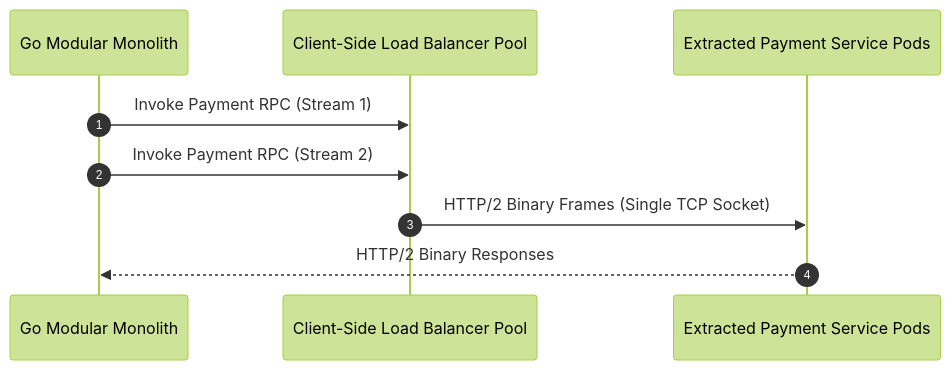
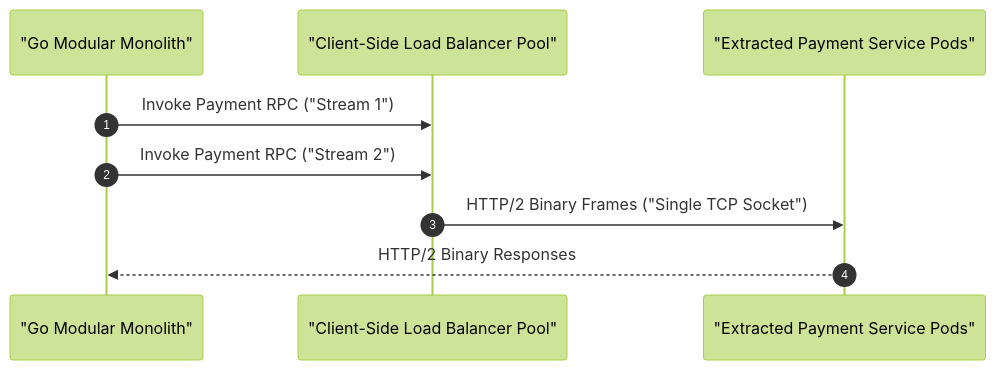
One commit to vesviet/vesviet changed the second of 3 diagrams in content/series/modular-monolith-architecture/part-7-extraction-pattern.md. Above: the diagram before and after it, drawn with Mermaid (forest theme). The commit also changed other lines of this file and 331 other files, not shown here.

````diff
--- a/content/series/modular-monolith-architecture/part-7-extraction-pattern.md
+++ b/content/series/modular-monolith-architecture/part-7-extraction-pattern.md
@@ -206,12 +208,12 @@
 ```mermaid
 sequenceDiagram
     autonumber
-    participant Monolith as Go Modular Monolith
-    participant gRPCClient as Client-Side Load Balancer Pool
-    participant Microservice as Extracted Payment Service Pods
+    participant Monolith as "Go Modular Monolith"
+    participant gRPCClient as "Client-Side Load Balancer Pool"
+    participant Microservice as "Extracted Payment Service Pods"
     
-    Monolith->>gRPCClient: Invoke Payment RPC (Stream 1)
-    Monolith->>gRPCClient: Invoke Payment RPC (Stream 2)
-    gRPCClient->>Microservice: HTTP/2 Binary Frames (Single TCP Socket)
+    Monolith->>gRPCClient: Invoke Payment RPC ("Stream 1")
+    Monolith->>gRPCClient: Invoke Payment RPC ("Stream 2")
+    gRPCClient->>Microservice: HTTP/2 Binary Frames ("Single TCP Socket")
     Microservice-->>Monolith: HTTP/2 Binary Responses
 ```
````
